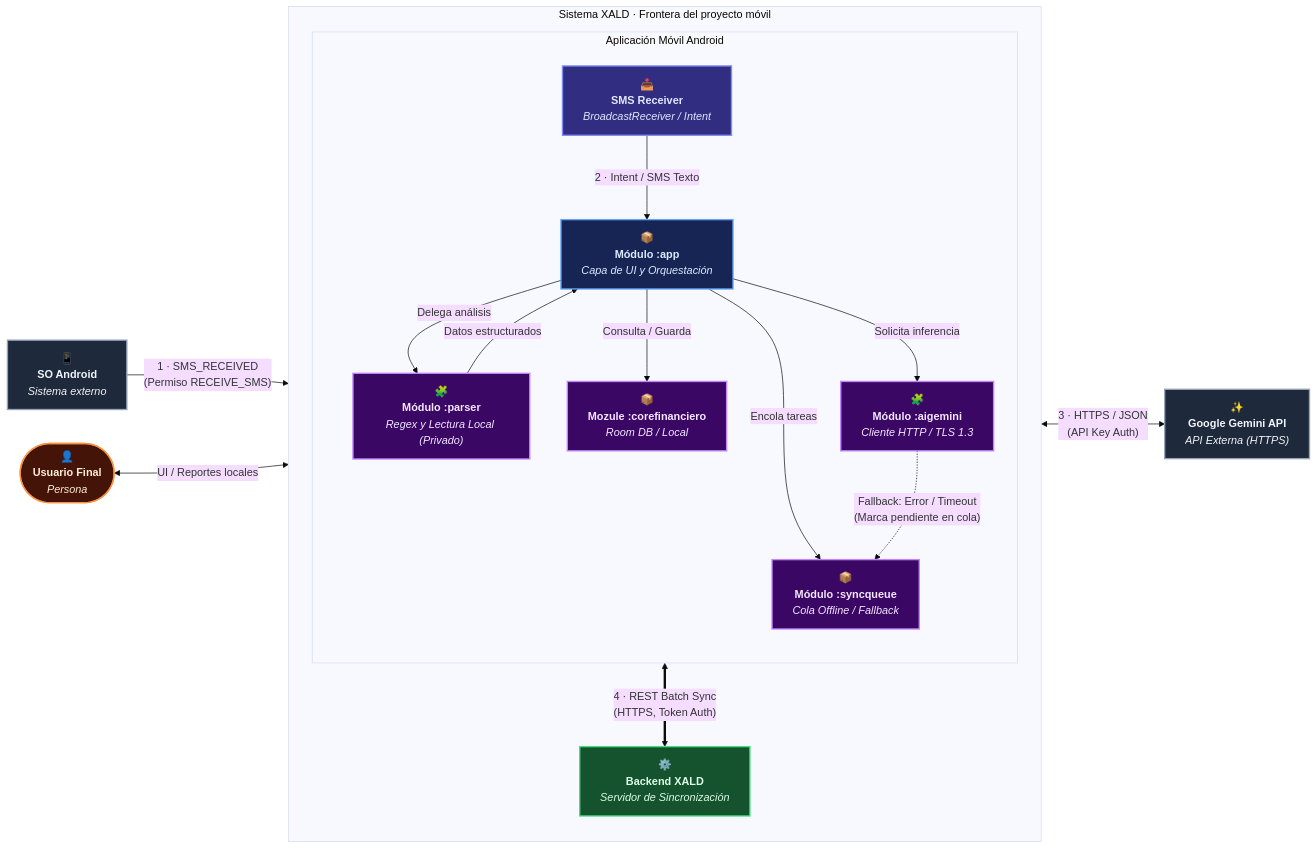
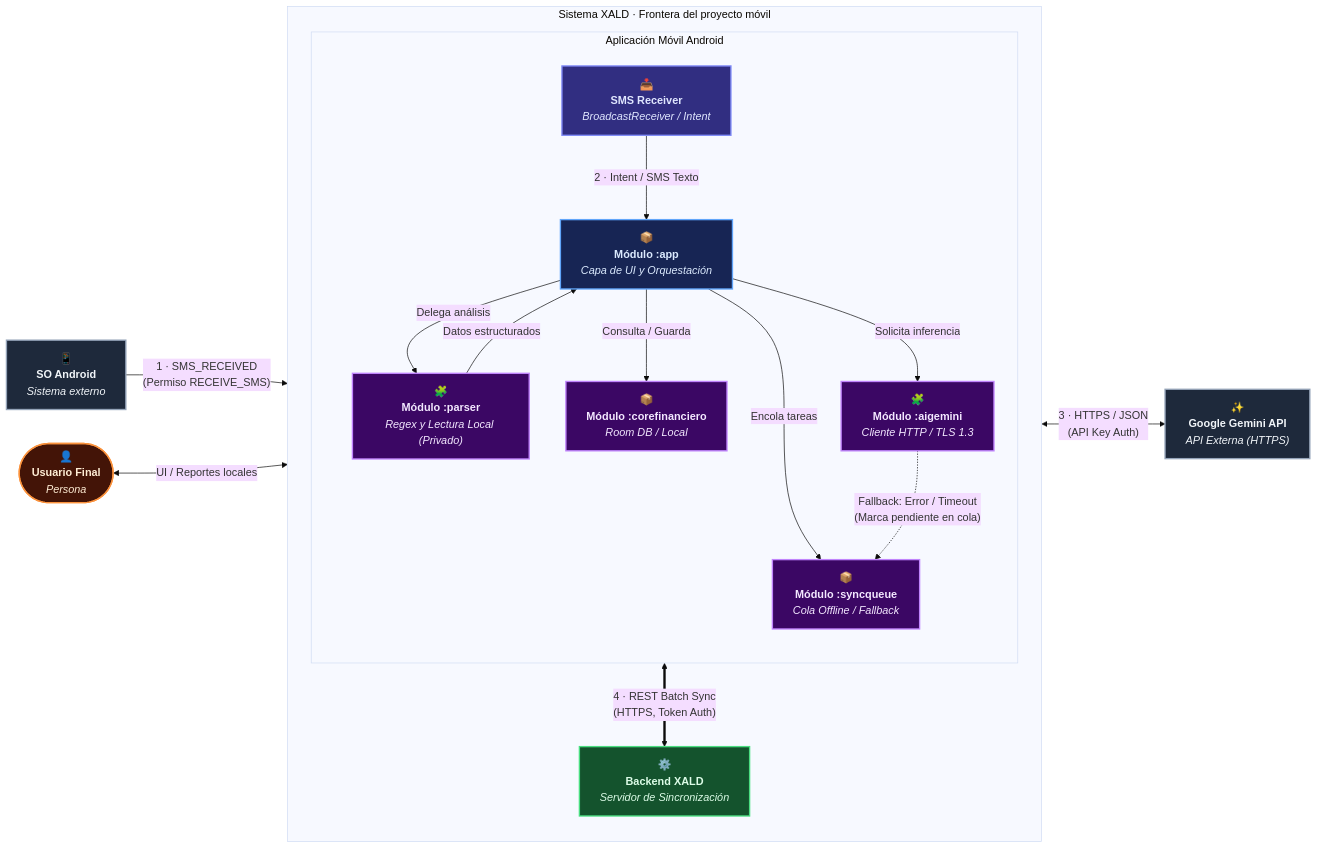
One commit to ISCOUTB/AS_202620_XALD changed the second of 2 diagrams in docs/c4/c4.md. Above: the diagram before and after it, drawn with Mermaid (base theme). The commit also changed other lines of this file, not shown here.

````diff
--- a/docs/c4/c4.md
+++ b/docs/c4/c4.md
@@ -83,49 +83,49 @@
 ```mermaid
 flowchart LR
     User(["👤<br/><b>Usuario Final</b><br/><i>Persona</i>"])
     AndroidExt["📱<br/><b>SO Android</b><br/><i>Sistema externo</i>"]
     Gemini["✨<br/><b>Google Gemini API</b><br/><i>API Externa (HTTPS)</i>"]
 
     subgraph sistema["Sistema XALD · Frontera del proyecto móvil"]
         direction TB
         
         subgraph app_group["Aplicación Móvil Android"]
             direction TB
             SMSReceiver["📥<br/><b>SMS Receiver</b><br/><i>BroadcastReceiver / Intent</i>"]
             App["📦<br/><b>Módulo :app</b><br/><i>Capa de UI y Orquestación</i>"]
             Parser["🧩<br/><b>Módulo :parser</b><br/><i>Regex y Lectura Local (Privado)</i>"]
-            Core["📦<br/><b>Mozule :corefinanciero</b><br/><i>Room DB / Local</i>"]
+            Core["📦<br/><b>Módulo :corefinanciero</b><br/><i>Room DB / Local</i>"]
             Sync["📦<br/><b>Módulo :syncqueue</b><br/><i>Cola Offline / Fallback</i>"]
             AI["🧩<br/><b>Módulo :aigemini</b><br/><i>Cliente HTTP / TLS 1.3</i>"]
         end
 
         Backend["⚙️<br/><b>Backend XALD</b><br/><i>Servidor de Sincronización</i>"]
 
         SMSReceiver -->|"2 · Intent / SMS Texto"| App
         App -->|"Delega análisis"| Parser
         Parser -->|"Datos estructurados"| App
         App -->|"Consulta / Guarda"| Core
         App -->|"Encola tareas"| Sync
         App -->|"Solicita inferencia"| AI
         AI -.->|"Fallback: Error / Timeout<br/>(Marca pendiente en cola)"| Sync
         Sync <==>|"4 · REST Batch Sync<br/>(HTTPS, Token Auth)"| Backend
     end
 
     AndroidExt -->|"1 · SMS_RECEIVED<br/>(Permiso RECEIVE_SMS)"| SMSReceiver
     AI <-->|"3 · HTTPS / JSON<br/>(API Key Auth)"| Gemini
     User <-->|"UI / Reportes locales"| App
 
     classDef person fill:#431407,stroke:#fb923c,stroke-width:2px,color:#ffedd5
     classDef central fill:#172554,stroke:#60a5fa,stroke-width:2px,color:#dbeafe
     classDef module fill:#3b0764,stroke:#c084fc,stroke-width:2px,color:#f3e8ff
     classDef backend fill:#14532d,stroke:#4ade80,stroke-width:2px,color:#dcfce7
     classDef external fill:#1e293b,stroke:#94a3b8,stroke-width:2px,color:#f1f5f9
     classDef receiver fill:#312e81,stroke:#818cf8,stroke-width:2px,color:#e0e7ff
 
     class User person
     class App central
     class SMSReceiver receiver
     class Parser,Core,Sync,AI module
     class Backend backend
     class AndroidExt,Gemini external
 ```
````
